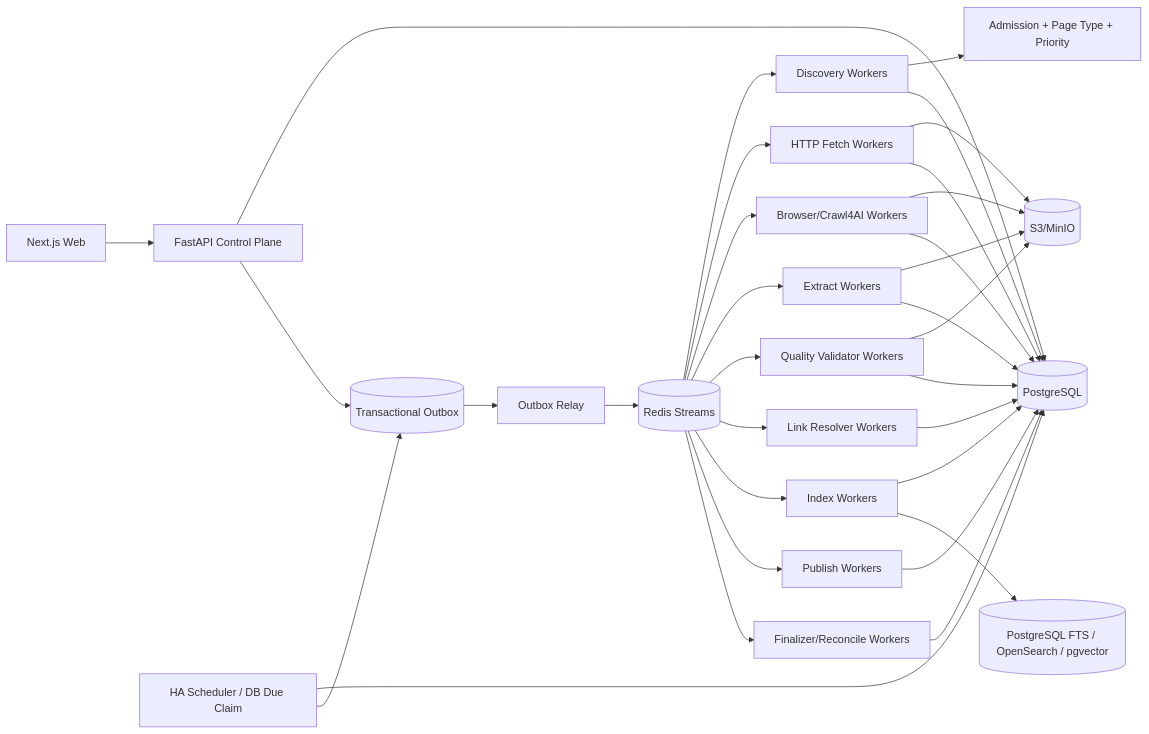
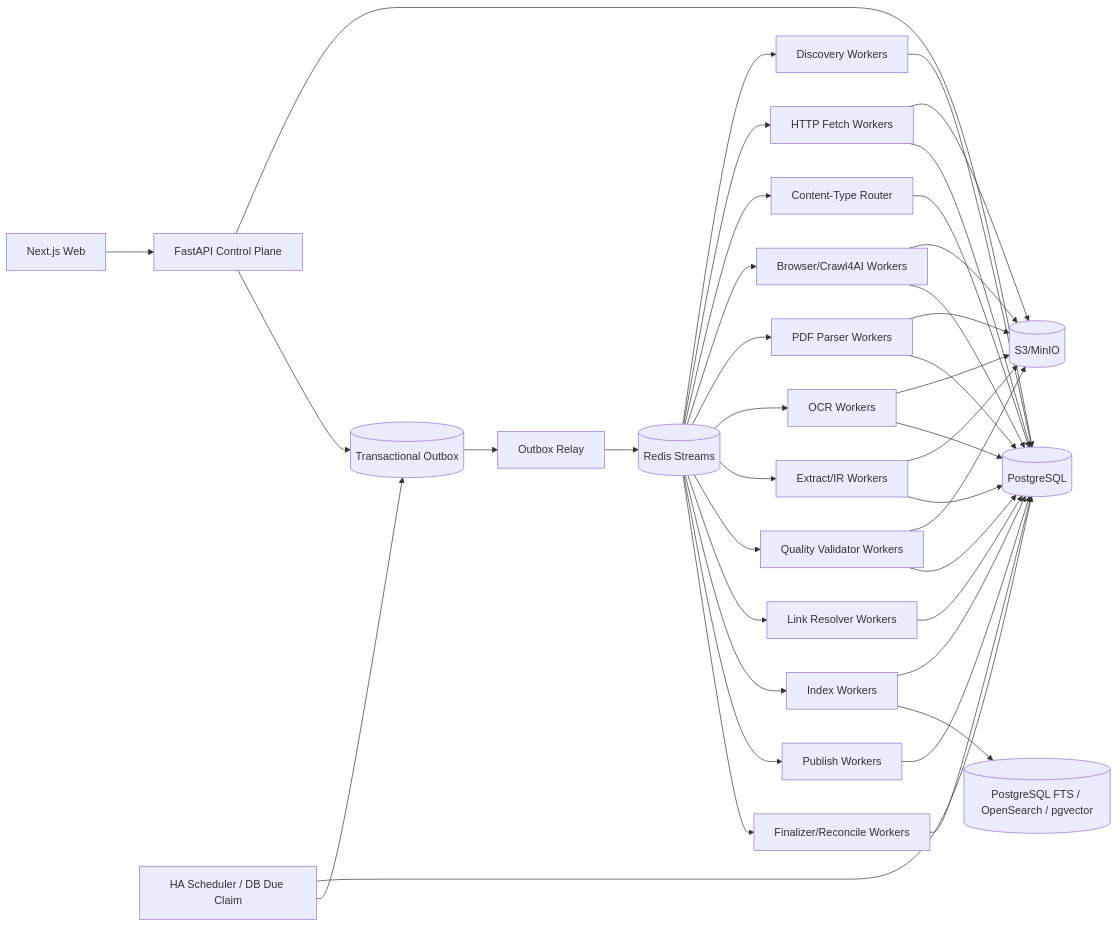
One commit to WorkerXu/my-doc changed the diagram in 博客知识库技术方案.md. Above: the diagram before and after it, drawn with Mermaid. The commit also changed other lines of this file, not shown here.

````diff
--- a/博客知识库技术方案.md
+++ b/博客知识库技术方案.md
@@ -39,39 +40,46 @@
 ```mermaid
 flowchart LR
     UI[Next.js Web] --> API[FastAPI Control Plane]
     API --> PG[(PostgreSQL)]
     API --> OUT[(Transactional Outbox)]
 
     SCH[HA Scheduler / DB Due Claim] --> PG
     SCH --> OUT
     OUT --> RELAY[Outbox Relay]
     RELAY --> Q[(Redis Streams)]
 
     Q --> DW[Discovery Workers]
     Q --> HF[HTTP Fetch Workers]
+    Q --> RT[Content-Type Router]
     Q --> BW[Browser/Crawl4AI Workers]
-    Q --> EX[Extract Workers]
+    Q --> PDF[PDF Parser Workers]
+    Q --> OCR[OCR Workers]
+    Q --> EX[Extract/IR Workers]
     Q --> QV[Quality Validator Workers]
     Q --> LR[Link Resolver Workers]
     Q --> IX[Index Workers]
     Q --> PB[Publish Workers]
     Q --> FIN[Finalizer/Reconcile Workers]
 
-    DW --> GATE[Admission + Page Type + Priority]
     HF --> OBJ[(S3/MinIO)]
     BW --> OBJ
+    PDF --> OBJ
+    OCR --> OBJ
     EX --> OBJ
     QV --> OBJ
 
     DW --> PG
     HF --> PG
+    RT --> PG
     BW --> PG
+    PDF --> PG
+    OCR --> PG
     EX --> PG
     QV --> PG
     LR --> PG
     IX --> PG
     PB --> PG
     FIN --> PG
 
     IX --> SEARCH[(PostgreSQL FTS / OpenSearch / pgvector)]
 ```
````
